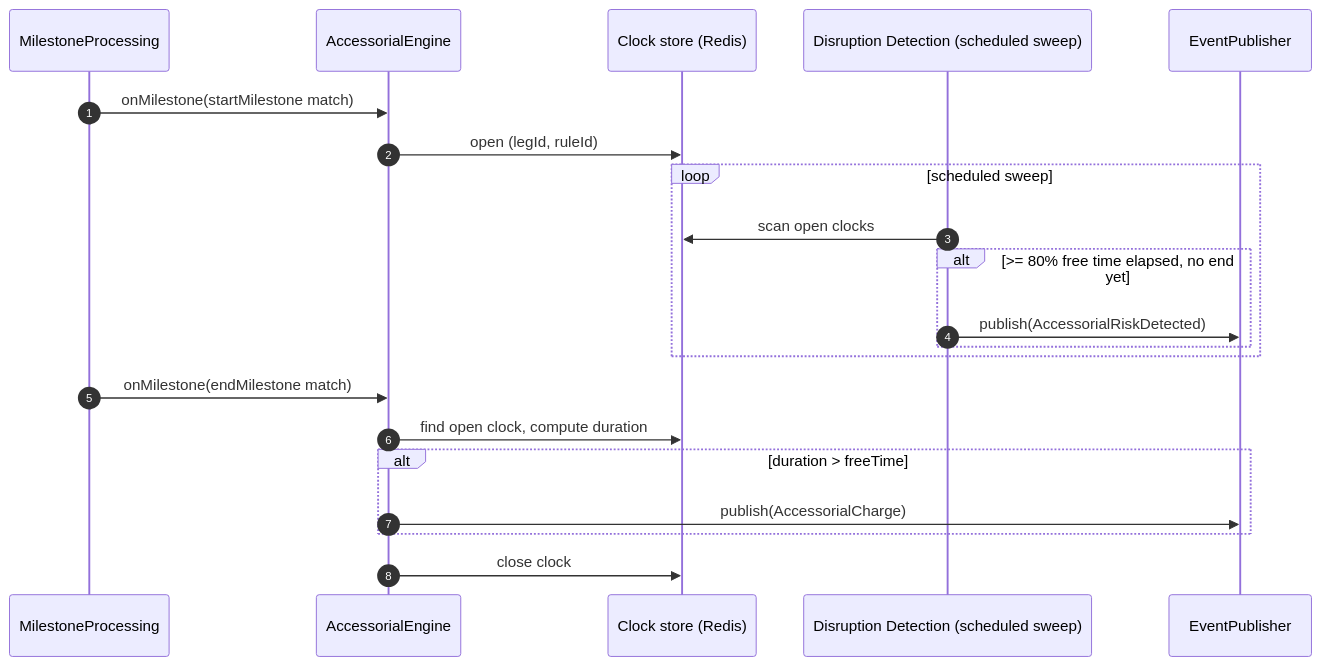
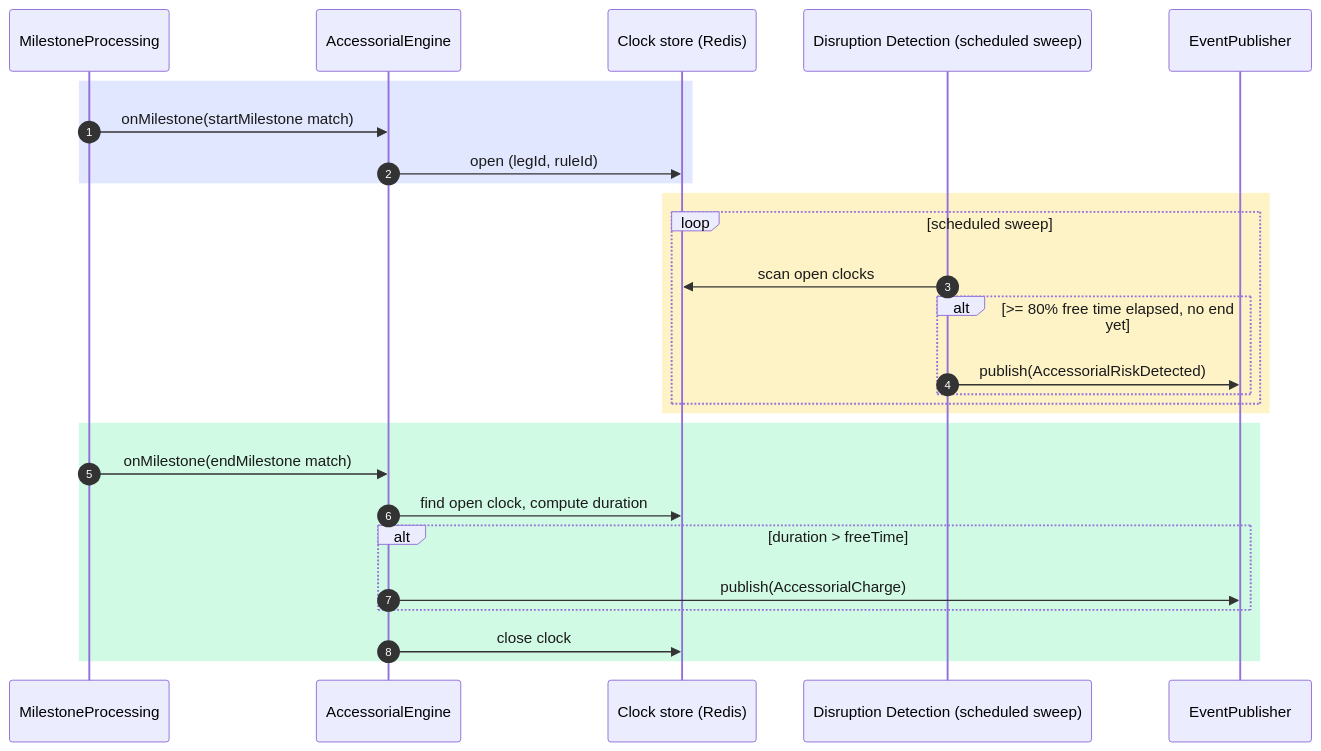
The sixth of 7 diagrams in lib/src/main/java/org/pk/practices/design/supplychain/LLD.md (Pratyush576/CodingPractice), drawn with Mermaid before and after one commit. The commit also changed other lines of this file and 5 other files, not shown here.

Commit message:
Enhanced the diagrams

````diff
--- a/lib/src/main/java/org/pk/practices/design/supplychain/LLD.md
+++ b/lib/src/main/java/org/pk/practices/design/supplychain/LLD.md
@@ -1082,26 +1107,33 @@
 ```mermaid
+%%{init: {'themeVariables': {'signalTextColor': '#1a1a1a', 'loopTextColor': '#1a1a1a'}}}%%
 sequenceDiagram
     autonumber
     participant Milestone as MilestoneProcessing
     participant Accessorial as AccessorialEngine
     participant Clock as Clock store (Redis)
     participant Sweep as Disruption Detection (scheduled sweep)
     participant Bus as EventPublisher
 
+    rect rgb(224, 231, 255)
     Milestone->>Accessorial: onMilestone(startMilestone match)
     Accessorial->>Clock: open (legId, ruleId)
+    end
 
+    rect rgb(254, 243, 199)
     loop scheduled sweep
         Sweep->>Clock: scan open clocks
         alt >= 80% free time elapsed, no end yet
             Sweep->>Bus: publish(AccessorialRiskDetected)
         end
     end
+    end
 
+    rect rgb(209, 250, 229)
     Milestone->>Accessorial: onMilestone(endMilestone match)
     Accessorial->>Clock: find open clock, compute duration
     alt duration > freeTime
         Accessorial->>Bus: publish(AccessorialCharge)
     end
     Accessorial->>Clock: close clock
+    end
 ```
````
